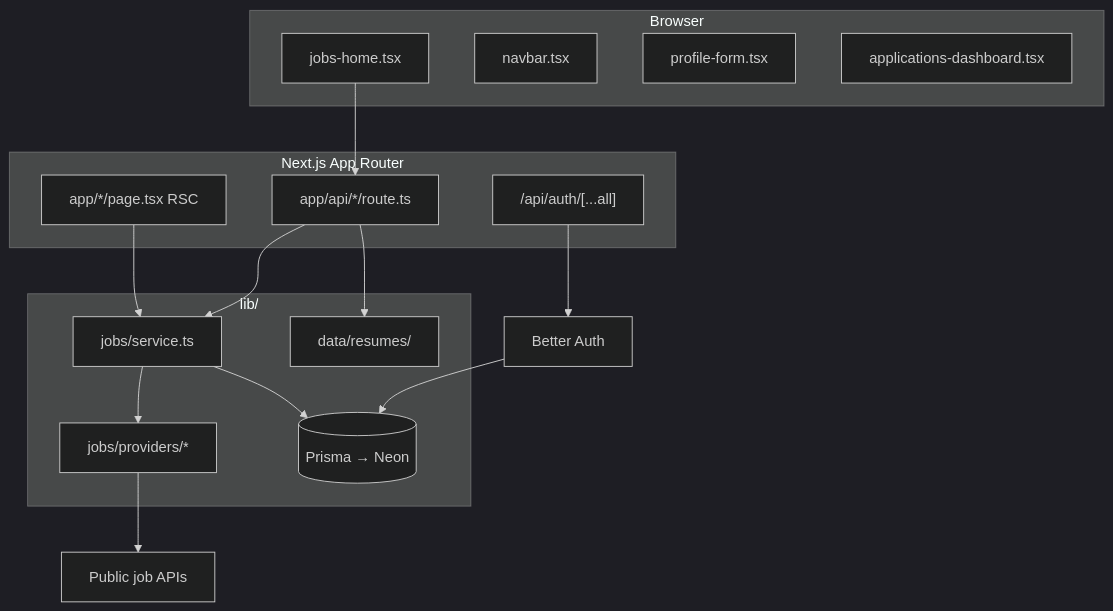
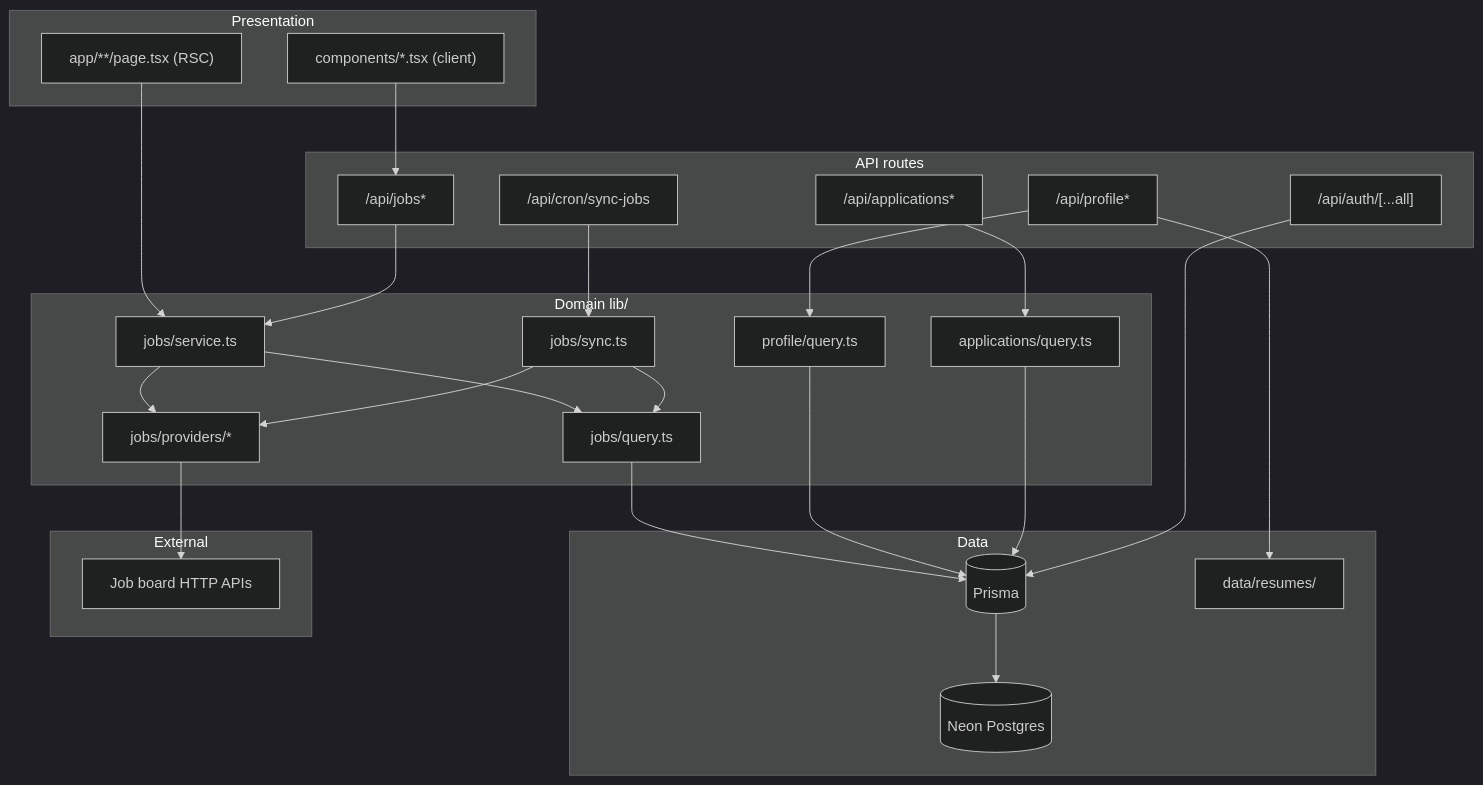
One commit to DogoeDude/WhatsMyJob changed the second of 2 diagrams in README.md. Above: the diagram before and after it, drawn with Mermaid (dark theme). The commit also changed other lines of this file and 15 other files, not shown here.

````diff
--- a/README.md
+++ b/README.md
@@ -93,32 +182,52 @@
 ```mermaid
 flowchart TB
-  subgraph client [Browser]
-    JobsHome[jobs-home.tsx]
-    Navbar[navbar.tsx]
-    Profile[profile-form.tsx]
-    Apps[applications-dashboard.tsx]
+  subgraph presentation [Presentation]
+    Pages["app/**/page.tsx (RSC)"]
+    Client["components/*.tsx (client)"]
   end
 
-  subgraph next [Next.js App Router]
-    Pages[app/*/page.tsx RSC]
-    API[app/api/*/route.ts]
-    AuthRoute["/api/auth/[...all]"]
+  subgraph api [API routes]
+    JobsAPI["/api/jobs*"]
+    ProfileAPI["/api/profile*"]
+    AppsAPI["/api/applications*"]
+    AuthAPI["/api/auth/[...all]"]
+    CronAPI["/api/cron/sync-jobs"]
   end
 
-  subgraph lib [lib/]
-    Service[jobs/service.ts]
-    Providers[jobs/providers/*]
-    Prisma[(Prisma → Neon)]
-    ResumeFS[data/resumes/]
+  subgraph domain [Domain lib/]
+    Service["jobs/service.ts"]
+    Query["jobs/query.ts"]
+    Sync["jobs/sync.ts"]
+    Providers["jobs/providers/*"]
+    ProfileQ["profile/query.ts"]
+    AppsQ["applications/query.ts"]
   end
 
-  JobsHome --> API
+  subgraph data [Data]
+    Prisma[(Prisma)]
+    Neon[(Neon Postgres)]
+    Disk["data/resumes/"]
+  end
+
+  subgraph external [External]
+    Boards[Job board HTTP APIs]
+  end
+
+  Client --> JobsAPI
   Pages --> Service
-  API --> Service
-  Service --> Prisma
+  JobsAPI --> Service
+  Service --> Query
   Service --> Providers
-  Providers --> ExternalAPIs[Public job APIs]
-  AuthRoute --> BetterAuth[Better Auth]
-  BetterAuth --> Prisma
-  API --> ResumeFS
+  Sync --> Providers
+  Sync --> Query
+  Query --> Prisma
+  Providers --> Boards
+  ProfileAPI --> ProfileQ
+  AppsAPI --> AppsQ
+  ProfileQ --> Prisma
+  AppsQ --> Prisma
+  ProfileAPI --> Disk
+  AuthAPI --> Prisma
+  CronAPI --> Sync
+  Prisma --> Neon
 ```
````
